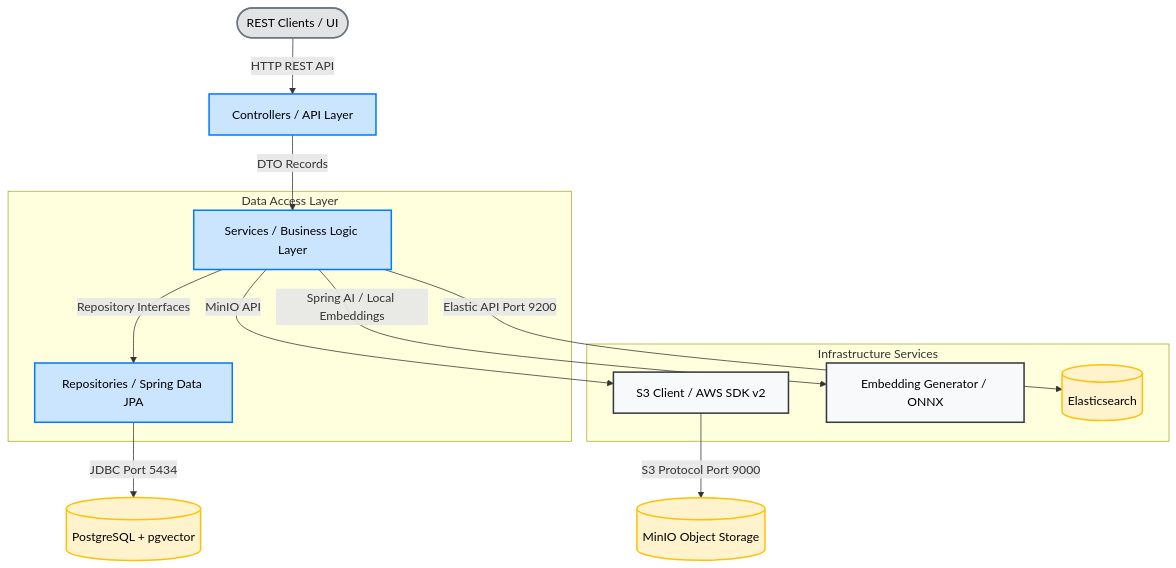
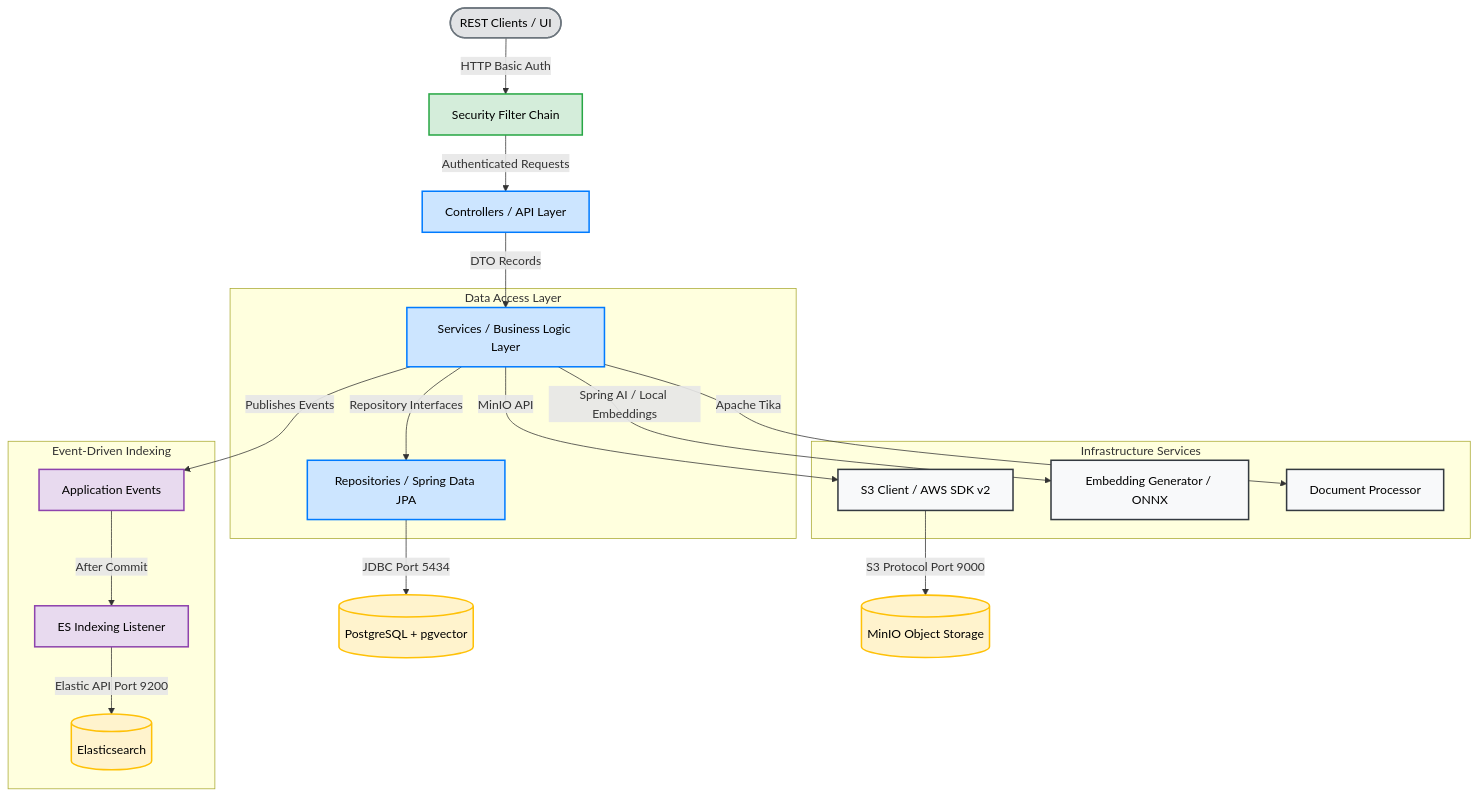
One commit to pmfml/cognitive-vault changed the first of 2 diagrams in ARCHITECTURE.md. Above: the diagram before and after it, drawn with Mermaid. The commit also changed other lines of this file and 1 other file, not shown here.

Commit message:
docs: update ARCHITECTURE.md and README.md to reflect all security, event and testing improvements

````diff
--- a/ARCHITECTURE.md
+++ b/ARCHITECTURE.md
@@ -24,29 +25,40 @@
 ```mermaid
 graph TD
-    Client([REST Clients / UI]) -->|HTTP REST API| Controller[Controllers / API Layer]
+    Client([REST Clients / UI]) -->|HTTP Basic Auth| Security[Security Filter Chain]
+    Security -->|Authenticated Requests| Controller[Controllers / API Layer]
     Controller -->|DTO Records| Service[Services / Business Logic Layer]
 
     subgraph Data Access Layer
         Service -->|Repository Interfaces| Repositories[Repositories / Spring Data JPA]
     end
 
     subgraph Infrastructure Services
         Service -->|MinIO API| S3Client[S3 Client / AWS SDK v2]
         Service -->|Spring AI / Local Embeddings| EmbeddingClient[Embedding Generator / ONNX]
-        Service -->|Elastic API Port 9200| ES[(Elasticsearch)]
+        Service -->|Apache Tika| DocProcessor[Document Processor]
+    end
+
+    subgraph Event-Driven Indexing
+        Service -->|Publishes Events| EventBus[Application Events]
+        EventBus -->|After Commit| Listener[ES Indexing Listener]
+        Listener -->|Elastic API Port 9200| ES[(Elasticsearch)]
     end
 
     Repositories -->|JDBC Port 5434| DB[(PostgreSQL + pgvector)]
     S3Client -->|S3 Protocol Port 9000| MinIO[(MinIO Object Storage)]
 
     %% Styling
     classDef client fill:#e2e3e5,stroke:#6c757d,stroke-width:2px,color:#000000;
+    classDef security fill:#d4edda,stroke:#28a745,stroke-width:2px,color:#000000;
     classDef app fill:#cce5ff,stroke:#007bff,stroke-width:2px,color:#000000;
     classDef layer fill:#f8f9fa,stroke:#343a40,stroke-width:2px,color:#000000;
     classDef infra fill:#fff3cd,stroke:#ffc107,stroke-width:2px,color:#000000;
+    classDef event fill:#e8daef,stroke:#8e44ad,stroke-width:2px,color:#000000;
 
     class Client client;
+    class Security security;
     class Controller,Service,Repositories app;
-    class S3Client,EmbeddingClient layer;
+    class S3Client,EmbeddingClient,DocProcessor layer;
     class DB,MinIO,ES infra;
+    class EventBus,Listener event;
 ```
````
